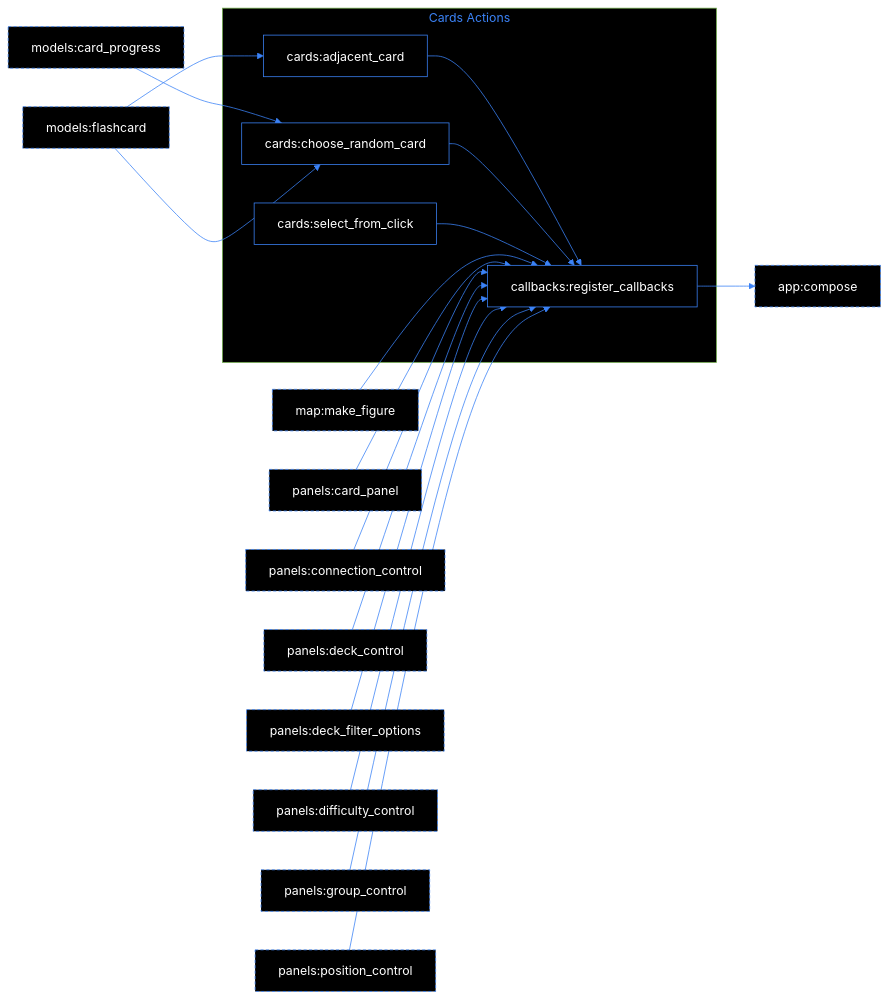
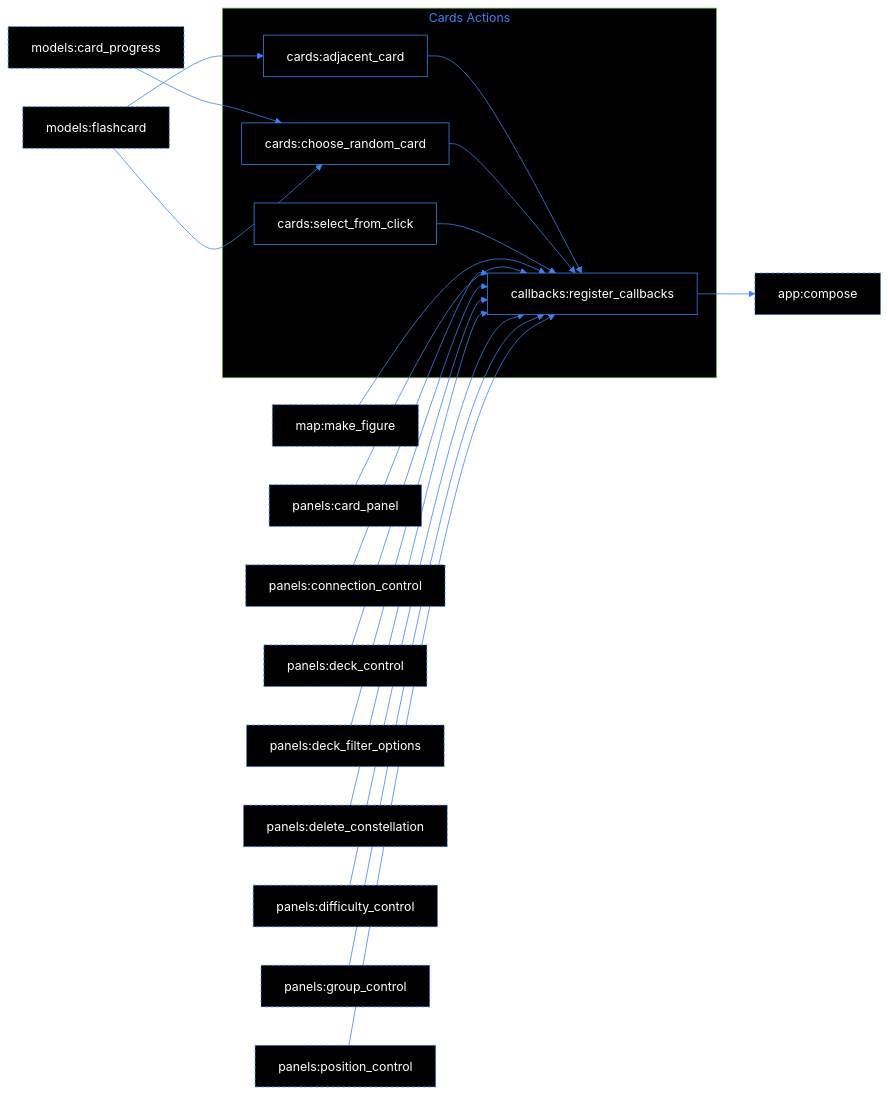
One commit to ArtjomAdamow/Fennelkernel-flashcards changed the eighth of 10 diagrams in INDEX.md. Above: the diagram before and after it, drawn with Mermaid (forest theme). The commit also changed other lines of this file and 31 other files, not shown here.

````diff
--- a/INDEX.md
+++ b/INDEX.md
@@ -740,42 +785,44 @@
 ```mermaid
 graph LR
     %% arrow A --> B: B uses A; dashed = component of another section
     %% dashed arrow A -.-> B: transitive relation (data flow through module-level variables)
     classDef ext stroke: #3b82f6,stroke-dasharray: 4 3
     linkStyle default stroke: #3b82f6, color: #3b82f6
     classDef default fill: #000000ff, stroke: #3b82f6, color: #ffffffff
 
     subgraph sg_section_6["Cards Actions"]
         n_callbacks_register_callbacks["callbacks:register_callbacks"]
         n_cards_choose_random_card["cards:choose_random_card"]
         n_cards_adjacent_card["cards:adjacent_card"]
         n_cards_select_from_click["cards:select_from_click"]
     end
     style sg_section_6 color: #3b82f6, fill: #000000ff
     n_app_compose["app:compose"]:::ext
     n_map_make_figure["map:make_figure"]:::ext
     n_models_card_progress["models:card_progress"]:::ext
     n_models_flashcard["models:flashcard"]:::ext
     n_panels_card_panel["panels:card_panel"]:::ext
     n_panels_connection_control["panels:connection_control"]:::ext
     n_panels_deck_control["panels:deck_control"]:::ext
     n_panels_deck_filter_options["panels:deck_filter_options"]:::ext
+    n_panels_delete_constellation["panels:delete_constellation"]:::ext
     n_panels_difficulty_control["panels:difficulty_control"]:::ext
     n_panels_group_control["panels:group_control"]:::ext
     n_panels_position_control["panels:position_control"]:::ext
     n_callbacks_register_callbacks --> n_app_compose
     n_cards_adjacent_card --> n_callbacks_register_callbacks
     n_cards_choose_random_card --> n_callbacks_register_callbacks
     n_cards_select_from_click --> n_callbacks_register_callbacks
     n_map_make_figure --> n_callbacks_register_callbacks
     n_models_card_progress --> n_cards_choose_random_card
     n_models_flashcard --> n_cards_adjacent_card
     n_models_flashcard --> n_cards_choose_random_card
     n_panels_card_panel --> n_callbacks_register_callbacks
     n_panels_connection_control --> n_callbacks_register_callbacks
     n_panels_deck_control --> n_callbacks_register_callbacks
     n_panels_deck_filter_options --> n_callbacks_register_callbacks
+    n_panels_delete_constellation --> n_callbacks_register_callbacks
     n_panels_difficulty_control --> n_callbacks_register_callbacks
     n_panels_group_control --> n_callbacks_register_callbacks
     n_panels_position_control --> n_callbacks_register_callbacks
 ```
````
